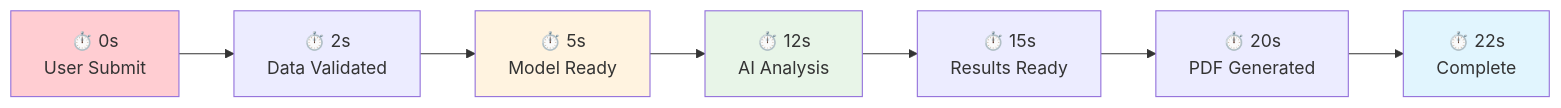
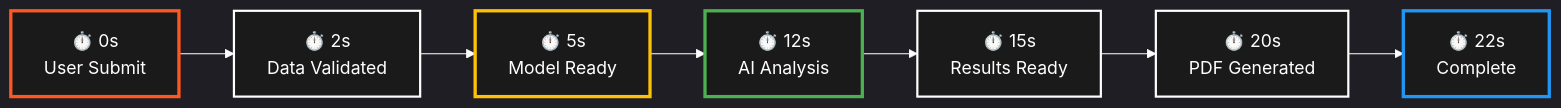
The eighth of 12 diagrams in README.md (Ping-2o/daryn), drawn with Mermaid before and after one commit. The commit also changed other lines of this file, not shown here.

````diff
--- a/README.md
+++ b/README.md
@@ -278,14 +319,18 @@
 ```mermaid
+%%{init: {'theme':'dark', 'themeVariables': {'primaryColor':'#1a1a1a','primaryTextColor':'#ffffff','primaryBorderColor':'#ffffff','lineColor':'#ffffff','secondaryColor':'#2d2d2d','tertiaryColor':'#404040','background':'#1a1a1a','mainBkg':'#1a1a1a','secondBkg':'#2d2d2d','tertiaryBkg':'#404040'}}}%%
 flowchart LR
-    A[⏱️ 0s<br/>User Submit] --> B[⏱️ 2s<br/>Data Validated]
-    B --> C[⏱️ 5s<br/>Model Ready]
-    C --> D[⏱️ 12s<br/>AI Analysis]
-    D --> E[⏱️ 15s<br/>Results Ready]
-    E --> F[⏱️ 20s<br/>PDF Generated]
-    F --> G[⏱️ 22s<br/>Complete]
+    A["⏱️ 0s<br/>User Submit"] --> B["⏱️ 2s<br/>Data Validated"]
+    B --> C["⏱️ 5s<br/>Model Ready"]
+    C --> D["⏱️ 12s<br/>AI Analysis"]
+    D --> E["⏱️ 15s<br/>Results Ready"]
+    E --> F["⏱️ 20s<br/>PDF Generated"]
+    F --> G["⏱️ 22s<br/>Complete"]
     
-    style A fill:#ffcdd2
-    style C fill:#fff3e0
-    style D fill:#e8f5e8
-    style G fill:#e1f5fe
+    style A fill:#1a1a1a,stroke:#ff5722,stroke-width:3px,color:#ffffff
+    style B fill:#1a1a1a,stroke:#ffffff,stroke-width:2px,color:#ffffff
+    style C fill:#1a1a1a,stroke:#ffc107,stroke-width:3px,color:#ffffff
+    style D fill:#1a1a1a,stroke:#4caf50,stroke-width:3px,color:#ffffff
+    style E fill:#1a1a1a,stroke:#ffffff,stroke-width:2px,color:#ffffff
+    style F fill:#1a1a1a,stroke:#ffffff,stroke-width:2px,color:#ffffff
+    style G fill:#1a1a1a,stroke:#2196f3,stroke-width:3px,color:#ffffff
 ```
````
